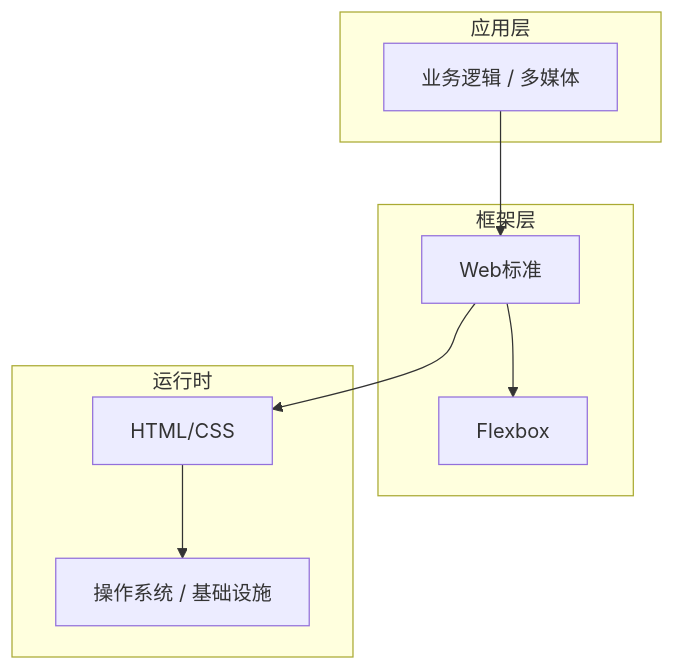
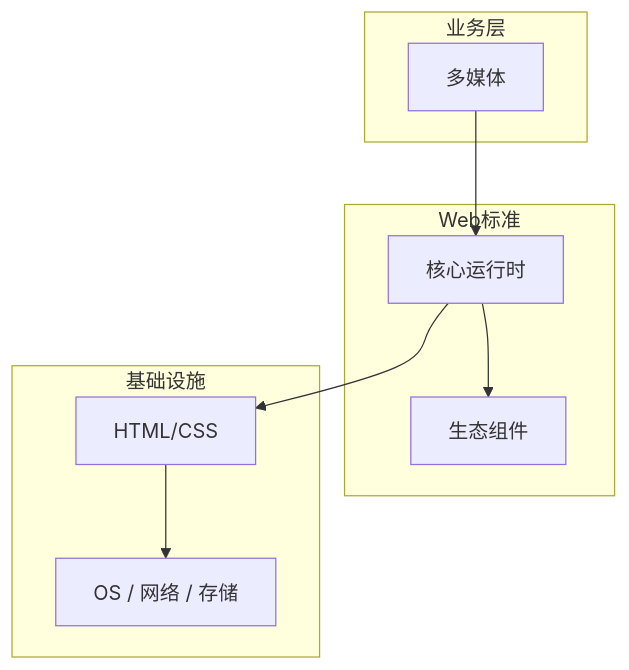
The diagram in articles/HTML与CSS/chapters/025-多媒体核心概念与原理.md (yanggan2015/knowledge-json-v2), drawn with Mermaid before and after one commit. The commit also changed other lines of this file and 10127 other files, not shown here.

````diff
--- a/articles/HTML与CSS/chapters/025-多媒体核心概念与原理.md
+++ b/articles/HTML与CSS/chapters/025-多媒体核心概念与原理.md
@@ -45,18 +34,18 @@
 ```mermaid
 graph TB
-    subgraph 应用层
-        A[业务逻辑 / 多媒体]
+    subgraph 业务层
+        A[多媒体]
     end
-    subgraph 框架层
-        B[Web标准]
-        C[Flexbox]
+    subgraph Web标准
+        B[核心运行时]
+        C[生态组件]
     end
-    subgraph 运行时
+    subgraph 基础设施
         D[HTML/CSS]
-        E[操作系统 / 基础设施]
+        E[OS / 网络 / 存储]
     end
     A --> B
     B --> C
     B --> D
     D --> E
 ```
````
